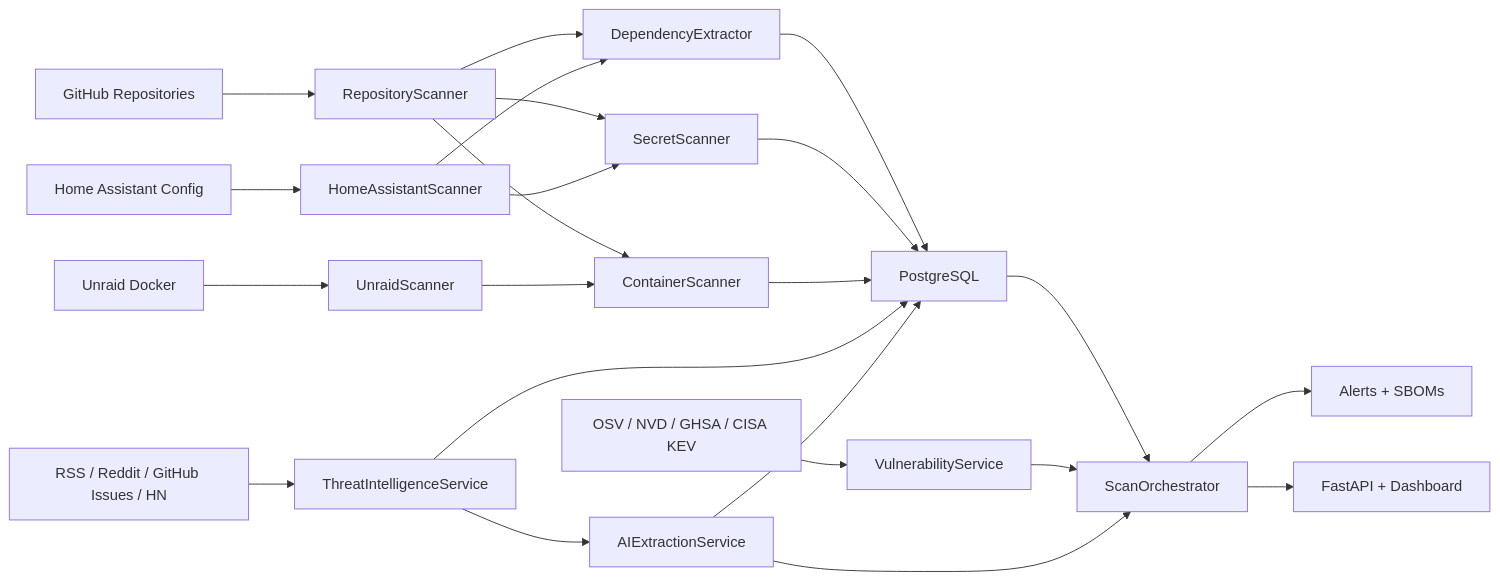
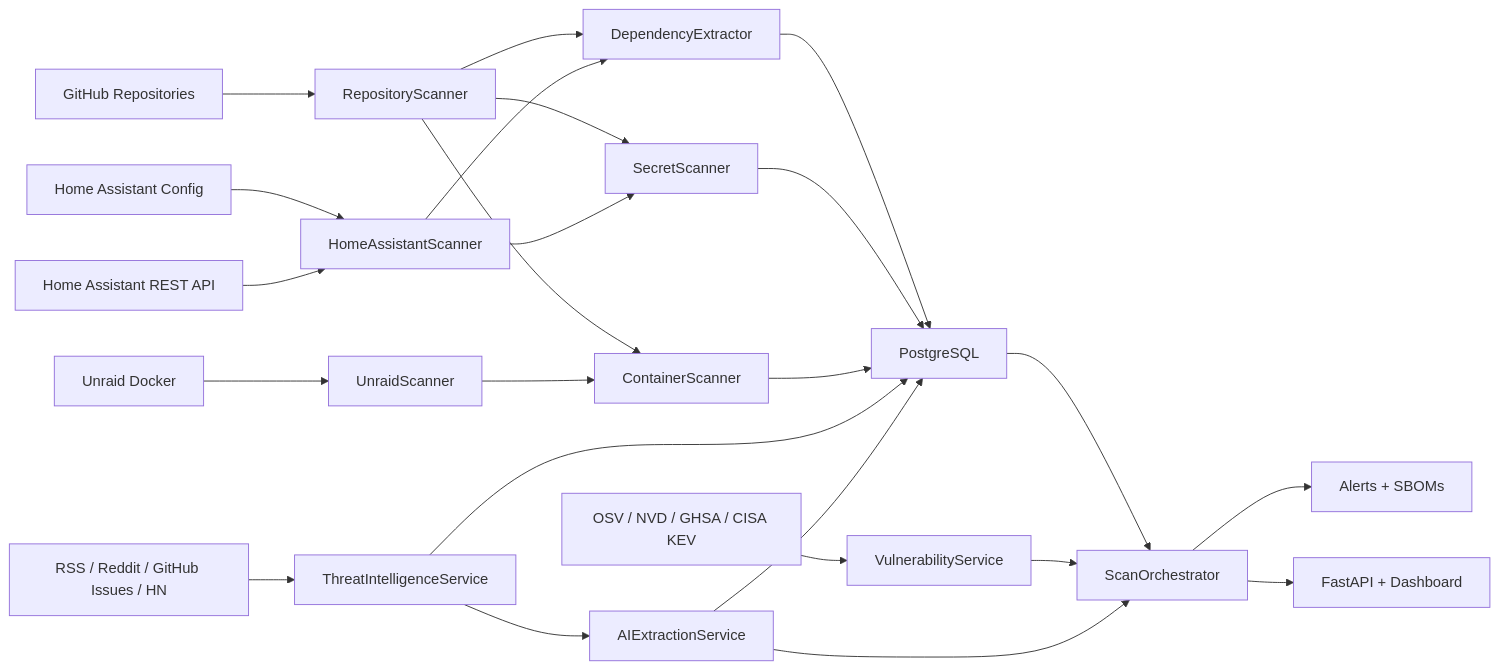
Before and after one commit to Feberdin/security-watchdog: the diagram in architecture.md, drawn with Mermaid. The commit also changed other lines of this file and 13 other files, not shown here.

Commit message:
Add remote Home Assistant support for Unraid deployments

````diff
--- a/architecture.md
+++ b/architecture.md
@@ -33,25 +33,26 @@
 ```mermaid
 flowchart LR
   A["GitHub Repositories"] --> B["RepositoryScanner"]
   C["Unraid Docker"] --> D["UnraidScanner"]
   E["Home Assistant Config"] --> F["HomeAssistantScanner"]
+  E2["Home Assistant REST API"] --> F
   B --> G["DependencyExtractor"]
   F --> G
   B --> H["SecretScanner"]
   F --> H
   B --> I["ContainerScanner"]
   D --> I
   G --> J["PostgreSQL"]
   H --> J
   I --> J
   K["OSV / NVD / GHSA / CISA KEV"] --> L["VulnerabilityService"]
   M["RSS / Reddit / GitHub Issues / HN"] --> N["ThreatIntelligenceService"]
   N --> J
   N --> O["AIExtractionService"]
   O --> J
   J --> P["ScanOrchestrator"]
   L --> P
   O --> P
   P --> Q["Alerts + SBOMs"]
   P --> R["FastAPI + Dashboard"]
 ```
````
